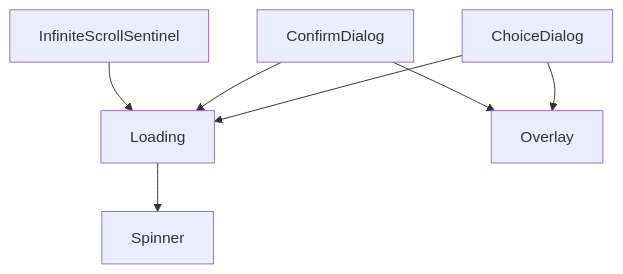
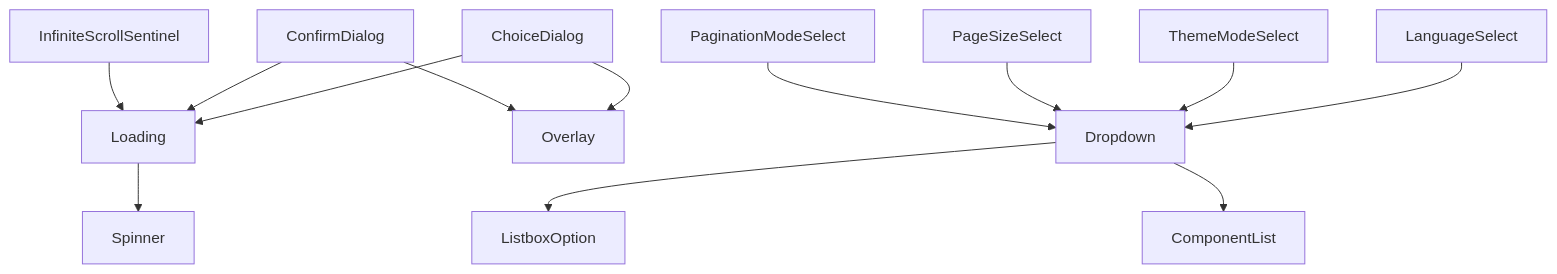
One commit to nekono-dev/skyshare changed the diagram in src/components/common/README.md. Above: the diagram before and after it, drawn with Mermaid. The commit also changed other lines of this file and 103 other files, not shown here.

First line of the commit message:
自前プルダウン(Dropdown)を実装し、既存の<select>を置き換え

````diff
--- a/src/components/common/README.md
+++ b/src/components/common/README.md
@@ -5,9 +5,15 @@
 ```mermaid
 graph TD
   ChoiceDialog --> Loading
   ChoiceDialog --> Overlay
   ConfirmDialog --> Loading
   ConfirmDialog --> Overlay
   Loading --> Spinner
   InfiniteScrollSentinel --> Loading
+  Dropdown --> ListboxOption
+  Dropdown --> ComponentList
+  LanguageSelect --> Dropdown
+  ThemeModeSelect --> Dropdown
+  PageSizeSelect --> Dropdown
+  PaginationModeSelect --> Dropdown
 ```
````
